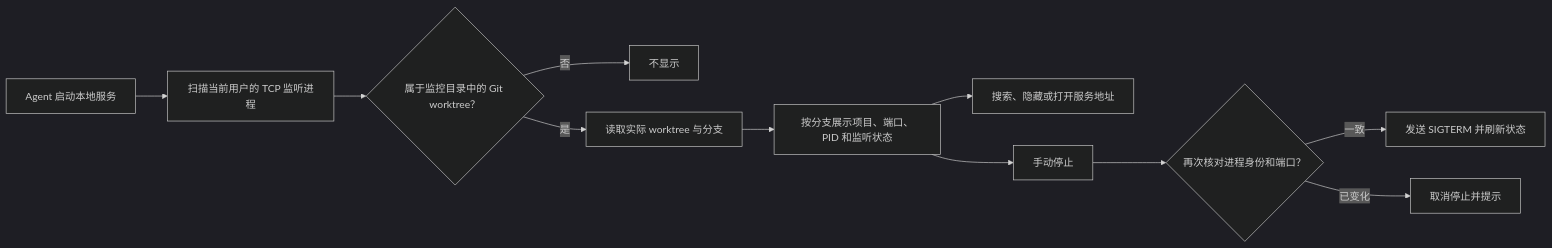
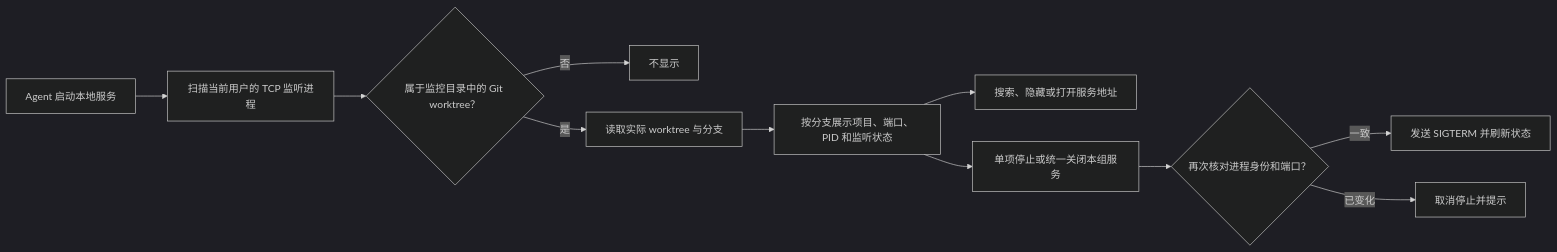
Before and after one commit to KelvinFanXian/Komo: the diagram in README.md, drawn with Mermaid (dark theme). The commit also changed other lines of this file and 6 other files, not shown here.

````diff
--- a/README.md
+++ b/README.md
@@ -19,13 +19,13 @@
 ```mermaid
 flowchart LR
     A["Agent 启动本地服务"] --> B["扫描当前用户的 TCP 监听进程"]
     B --> C{"属于监控目录中的 Git worktree？"}
     C -- "否" --> X["不显示"]
     C -- "是" --> D["读取实际 worktree 与分支"]
     D --> E["按分支展示项目、端口、PID 和监听状态"]
     E --> F["搜索、隐藏或打开服务地址"]
-    E --> G["手动停止"]
+    E --> G["单项停止或统一关闭本组服务"]
     G --> H{"再次核对进程身份和端口？"}
     H -- "一致" --> I["发送 SIGTERM 并刷新状态"]
     H -- "已变化" --> J["取消停止并提示"]
 ```
````
